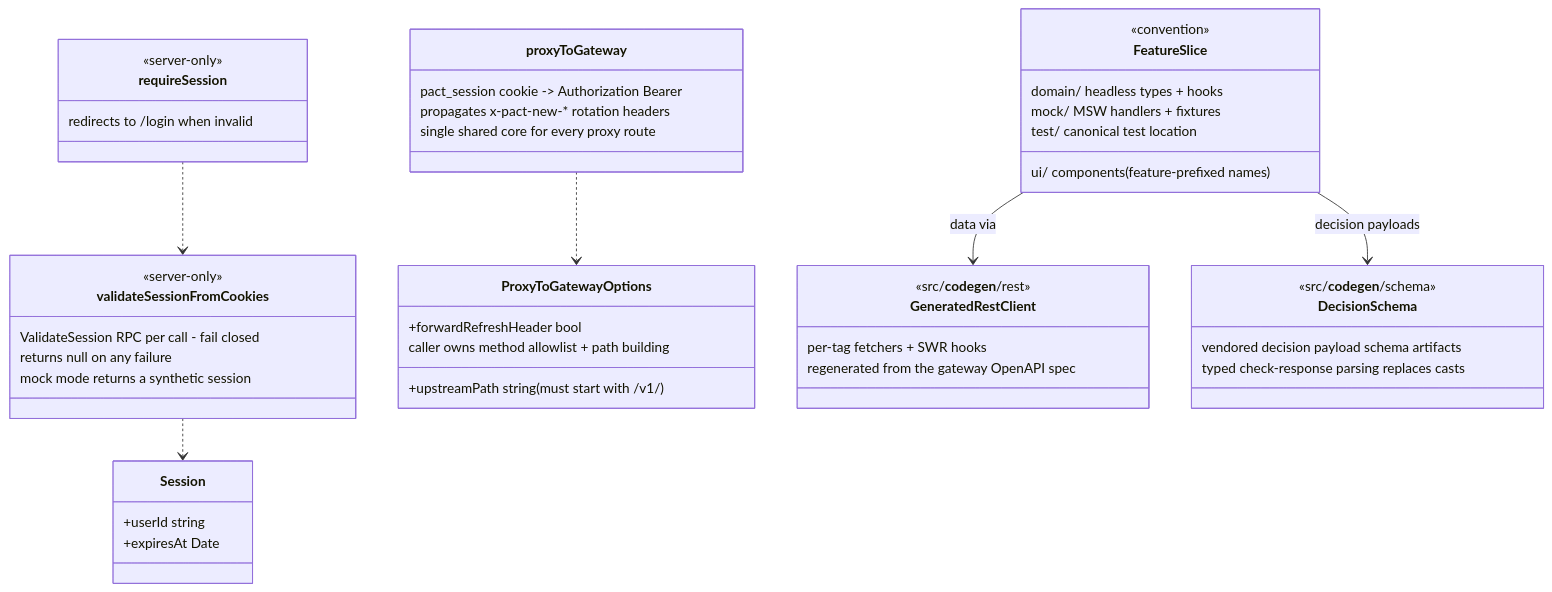
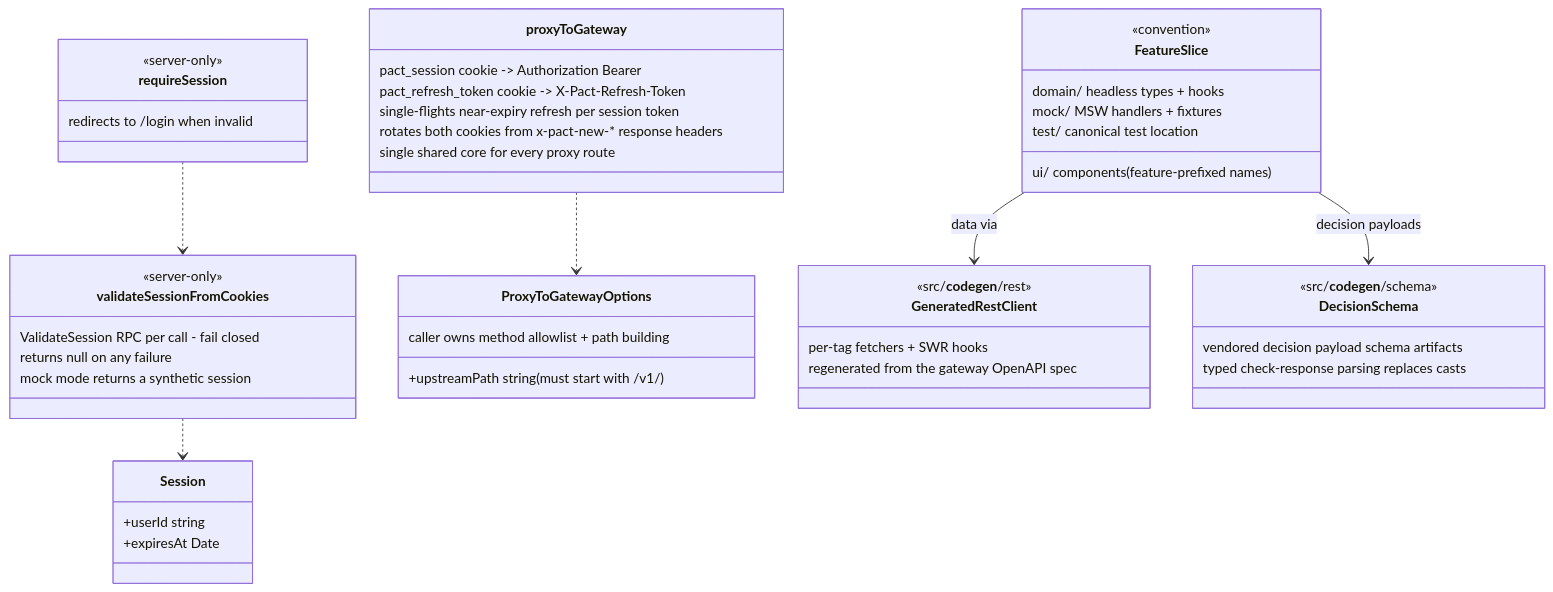
One commit to PACT-Toolkit/pact-web changed the second of 11 diagrams in docs/architecture.md. Above: the diagram before and after it, drawn with Mermaid. The commit also changed other lines of this file and 21 other files, not shown here.

Commit message:
🛂 persist and rotate refresh tokens for silent session renewal (#172)

````diff
--- a/docs/architecture.md
+++ b/docs/architecture.md
@@ -47,50 +47,51 @@
 ```mermaid
 classDiagram
     class Session {
         +userId string
         +expiresAt Date
     }
     class requireSession {
         <<server-only>>
         redirects to /login when invalid
     }
     class validateSessionFromCookies {
         <<server-only>>
         ValidateSession RPC per call - fail closed
         returns null on any failure
         mock mode returns a synthetic session
     }
     class ProxyToGatewayOptions {
         +upstreamPath string (must start with /v1/)
-        +forwardRefreshHeader bool
         caller owns method allowlist + path building
     }
     class proxyToGateway {
         pact_session cookie -> Authorization Bearer
-        propagates x-pact-new-* rotation headers
+        pact_refresh_token cookie -> X-Pact-Refresh-Token
+        single-flights near-expiry refresh per session token
+        rotates both cookies from x-pact-new-* response headers
         single shared core for every proxy route
     }
     class FeatureSlice {
         <<convention>>
         domain/ headless types + hooks
         ui/ components (feature-prefixed names)
         mock/ MSW handlers + fixtures
         test/ canonical test location
     }
     class GeneratedRestClient {
         <<src/__codegen__/rest>>
         per-tag fetchers + SWR hooks
         regenerated from the gateway OpenAPI spec
     }
     class DecisionSchema {
         <<src/__codegen__/schema>>
         vendored decision payload schema artifacts
         typed check-response parsing replaces casts
     }
 
     requireSession ..> validateSessionFromCookies
     validateSessionFromCookies ..> Session
     proxyToGateway ..> ProxyToGatewayOptions
     FeatureSlice --> GeneratedRestClient : data via
     FeatureSlice --> DecisionSchema : decision payloads
 ```
````
